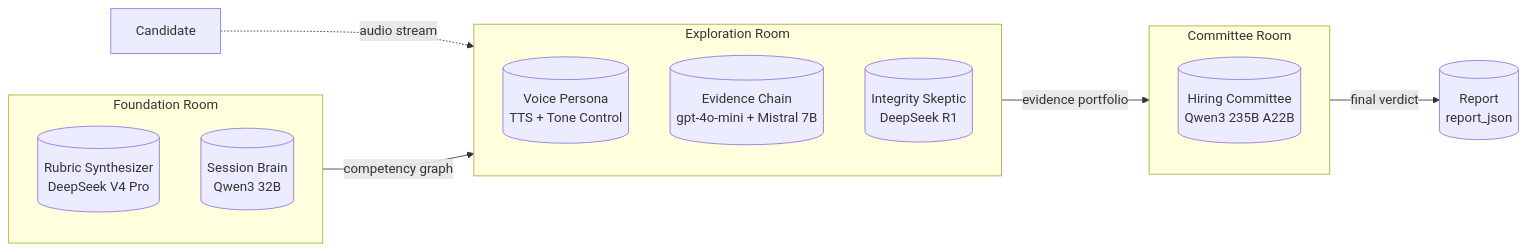
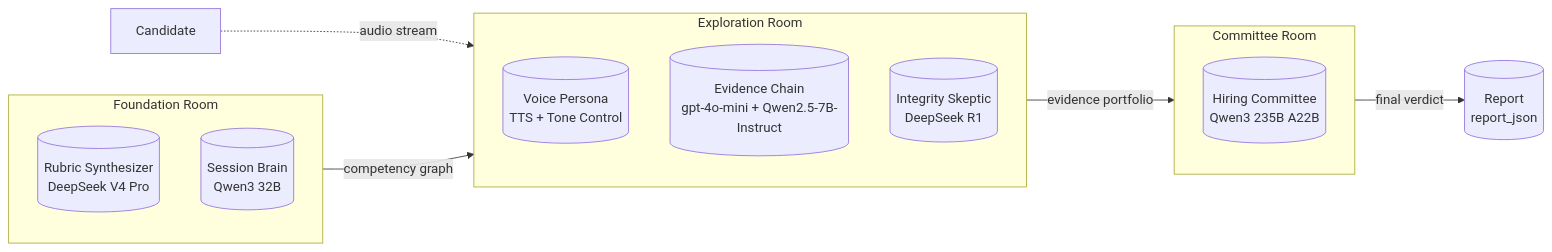
One commit to Achrefjr1997/hiring-voice changed the second of 5 diagrams in SYSTEM_DESIGN.md. Above: the diagram before and after it, drawn with Mermaid. The commit also changed other lines of this file, not shown here.

````diff
--- a/SYSTEM_DESIGN.md
+++ b/SYSTEM_DESIGN.md
@@ -277,23 +277,23 @@
 ```mermaid
 flowchart LR
   subgraph FOUNDATION["Foundation Room"]
     RS[("Rubric Synthesizer<br/>DeepSeek V4 Pro")]
     SB[("Session Brain<br/>Qwen3 32B")]
   end
 
   subgraph EXPLORATION["Exploration Room"]
     VP[("Voice Persona<br/>TTS + Tone Control")]
-    EC[("Evidence Chain<br/>gpt-4o-mini + Mistral 7B")]
+    EC[("Evidence Chain<br/>gpt-4o-mini + Qwen2.5-7B-Instruct")]
     IS[("Integrity Skeptic<br/>DeepSeek R1")]
   end
 
   subgraph COMMITTEE["Committee Room"]
     HC[("Hiring Committee<br/>Qwen3 235B A22B")]
   end
 
   Candidate["Candidate"] -.->|audio stream| EXPLORATION
 
   FOUNDATION -->|competency graph| EXPLORATION
   EXPLORATION -->|evidence portfolio| COMMITTEE
   COMMITTEE -->|final verdict| Report[("Report<br/>report_json")]
 ```
````
